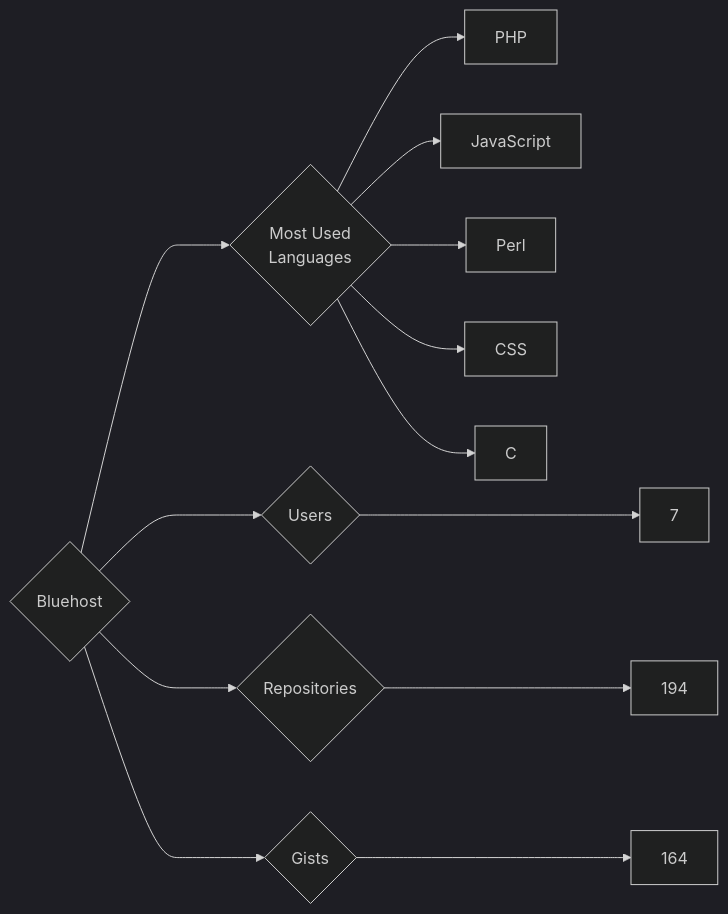
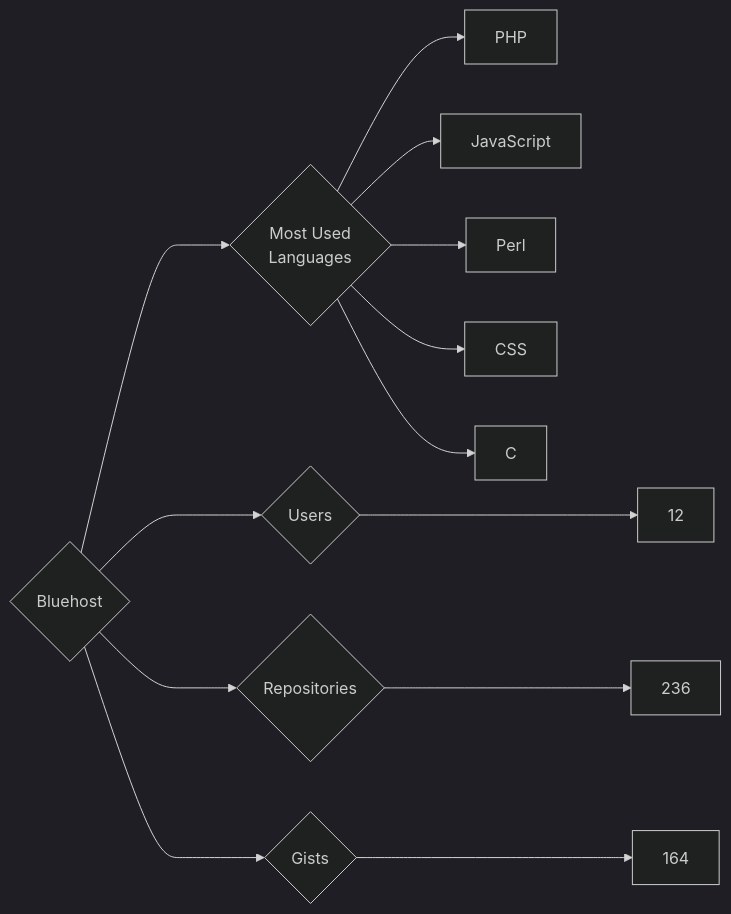
Before and after one commit to trickest/insiders: the diagram in targets/Bluehost/README.md, drawn with Mermaid (dark theme). The commit also changed 823 other files, not shown here.

````diff
--- a/targets/Bluehost/README.md
+++ b/targets/Bluehost/README.md
@@ -3,13 +3,13 @@
 ```mermaid
 graph LR
 COMPANY_NAME{Bluehost}
-COMPANY_NAME ---> U{Users} ---> UN[7]
-COMPANY_NAME ---> R{Repositories} ---> RN[194]
+COMPANY_NAME ---> U{Users} ---> UN[12]
+COMPANY_NAME ---> R{Repositories} ---> RN[236]
 COMPANY_NAME ---> G{Gists} ---> GN[164]
 COMPANY_NAME ---> ML{Most Used<br>Languages}
 ML --> PHP[PHP]
 ML --> JavaScript[JavaScript]
 ML --> Perl[Perl]
 ML --> CSS[CSS]
 ML --> C[C]
 ```
````
